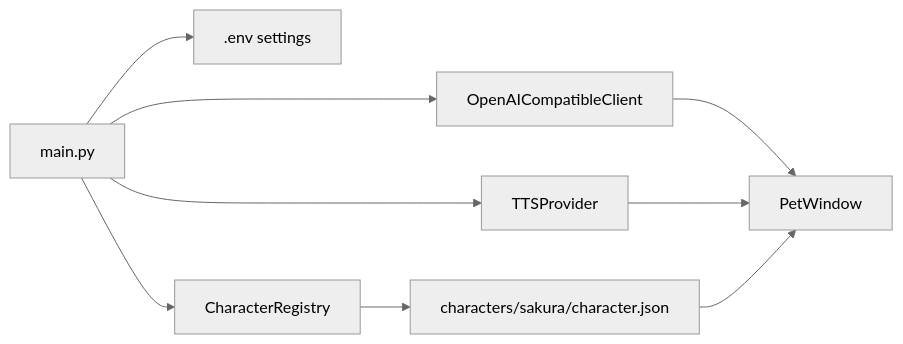
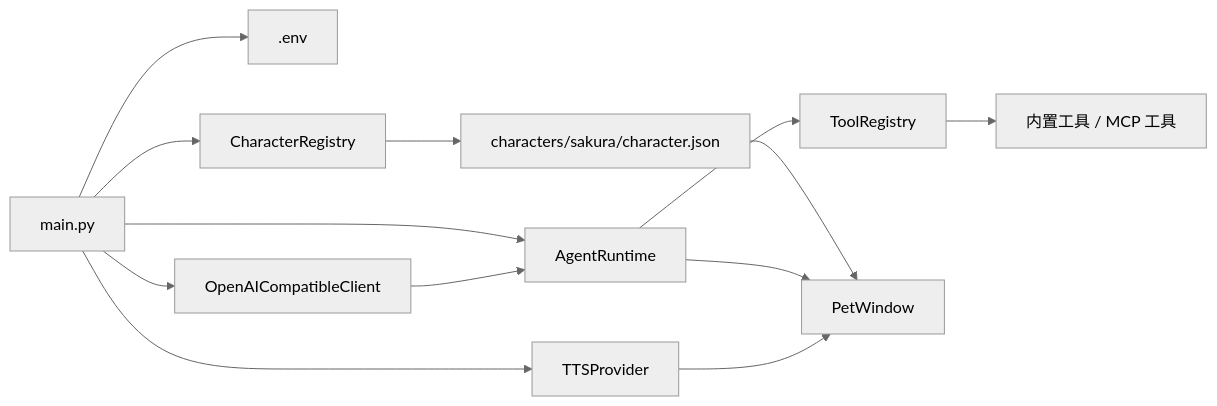
The diagram in README.md (Rvosy/Sakura), drawn with Mermaid (neutral theme) before and after one commit. The commit also changed other lines of this file and 2 other files, not shown here.

````diff
--- a/README.md
+++ b/README.md
@@ -67,11 +70,15 @@
 ```mermaid
 flowchart LR
-    A["main.py"] --> B[".env settings"]
+    A["main.py"] --> B[".env"]
     A --> C["CharacterRegistry"]
     C --> D["characters/sakura/character.json"]
     A --> E["OpenAICompatibleClient"]
-    A --> F["TTSProvider"]
-    E --> G["PetWindow"]
-    F --> G
-    D --> G
+    A --> F["AgentRuntime"]
+    F --> G["ToolRegistry"]
+    G --> H["内置工具 / MCP 工具"]
+    A --> I["TTSProvider"]
+    D --> J["PetWindow"]
+    E --> F
+    F --> J
+    I --> J
 ```
````
